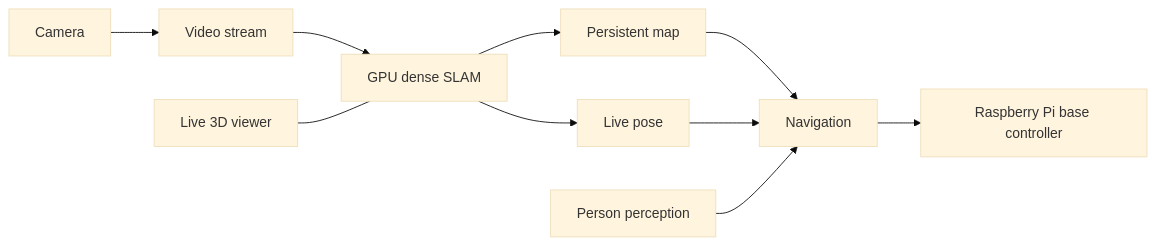
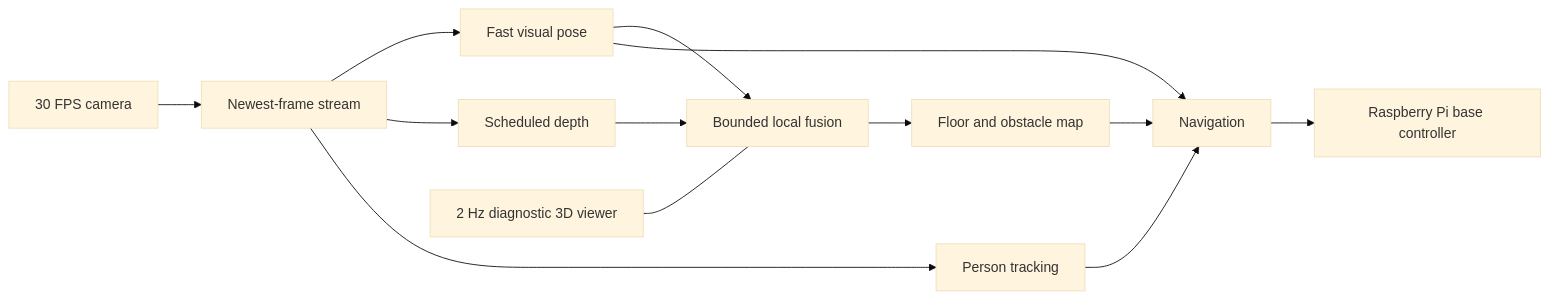
Before and after one commit to JamesIV4/house-bot: the diagram in robot_development_plan.md, drawn with Mermaid (base theme). The commit also changed other lines of this file and 63 other files, not shown here.

````diff
--- a/robot_development_plan.md
+++ b/robot_development_plan.md
@@ -27,12 +27,15 @@
 ```mermaid
 flowchart LR
-    CAM["Camera"] --> STREAM["Video stream"]
-    STREAM --> SLAM["GPU dense SLAM"]
-    SLAM --> POSE["Live pose"]
-    SLAM --> MAP["Persistent map"]
+    CAM["30 FPS camera"] --> STREAM["Newest-frame stream"]
+    STREAM --> POSE["Fast visual pose"]
+    STREAM --> DEPTH["Scheduled depth"]
+    STREAM --> PERSON["Person tracking"]
+    POSE --> FUSION["Bounded local fusion"]
+    DEPTH --> FUSION
+    FUSION --> MAP["Floor and obstacle map"]
     MAP --> NAV["Navigation"]
     POSE --> NAV
-    PERSON["Person perception"] --> NAV
+    PERSON --> NAV
     NAV --> PI["Raspberry Pi base controller"]
-    VIEW["Live 3D viewer"] --- SLAM
+    VIEW["2 Hz diagnostic 3D viewer"] --- FUSION
 ```
````
